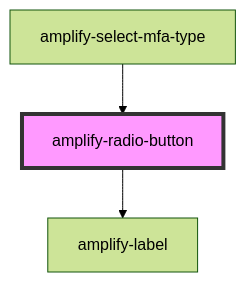
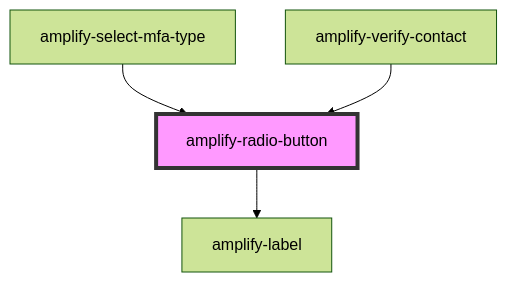
Before and after one commit to OneDev0411/amplify-js: the diagram in packages/amplify-ui-components/src/components/amplify-radio-button/readme.md, drawn with Mermaid (forest theme). The commit also changed other lines of this file and 21 other files, not shown here.

First line of the commit message:
feat(@aws-amplify/ui-components): amplify-verify-contact (#4583)

````diff
--- a/packages/amplify-ui-components/src/components/amplify-radio-button/readme.md
+++ b/packages/amplify-ui-components/src/components/amplify-radio-button/readme.md
@@ -34,6 +32,7 @@
 ```mermaid
 graph TD;
   amplify-radio-button --> amplify-label
   amplify-select-mfa-type --> amplify-radio-button
+  amplify-verify-contact --> amplify-radio-button
   style amplify-radio-button fill:#f9f,stroke:#333,stroke-width:4px
 ```
````
